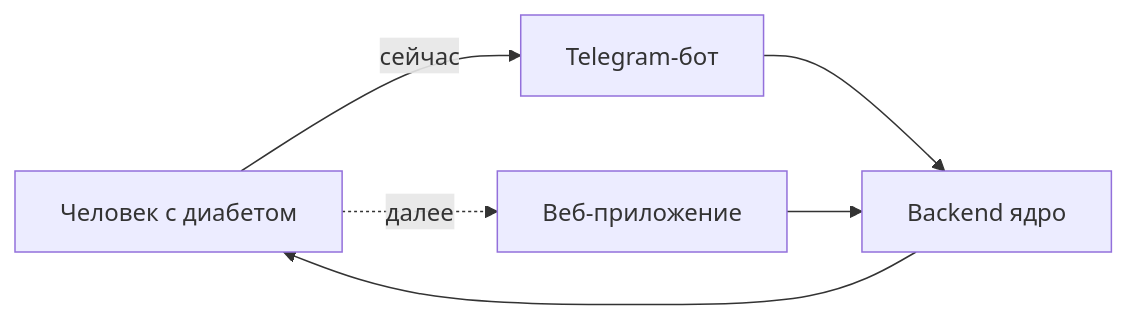
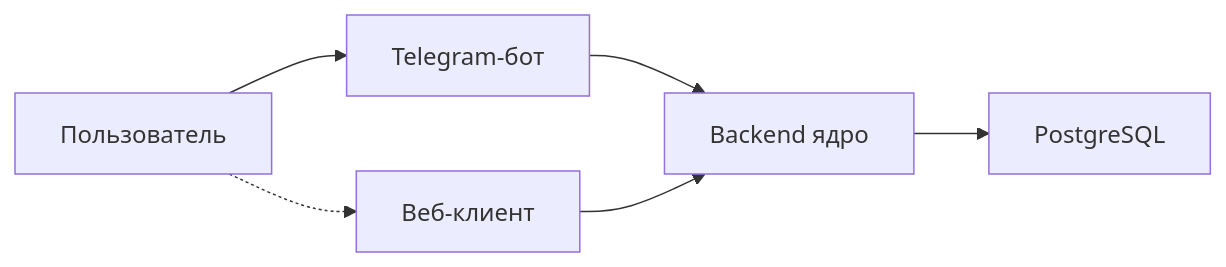
One commit to zatulik2606/diaai changed the diagram in README.md. Above: the diagram before and after it, drawn with Mermaid. The commit also changed other lines of this file and 29 other files, not shown here.

````diff
--- a/README.md
+++ b/README.md
@@ -17,13 +13,14 @@
 ```mermaid
 flowchart LR
-    User["Человек с диабетом"]
+    User["Пользователь"]
     Bot["Telegram-бот"]
-    Web["Веб-приложение"]
+    Web["Веб-клиент"]
     Backend["Backend ядро"]
+    DB["PostgreSQL"]
 
-    User -->|"сейчас"| Bot
-    User -.->|"далее"| Web
+    User --> Bot
+    User -.-> Web
     Bot --> Backend
     Web --> Backend
-    Backend --> User
+    Backend --> DB
 ```
````
